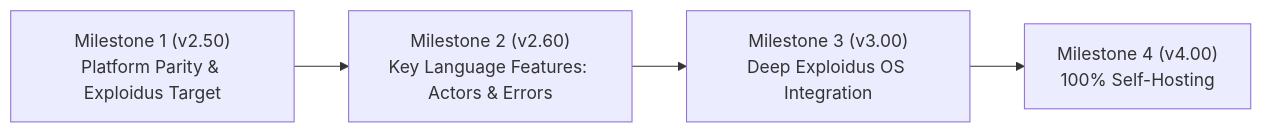
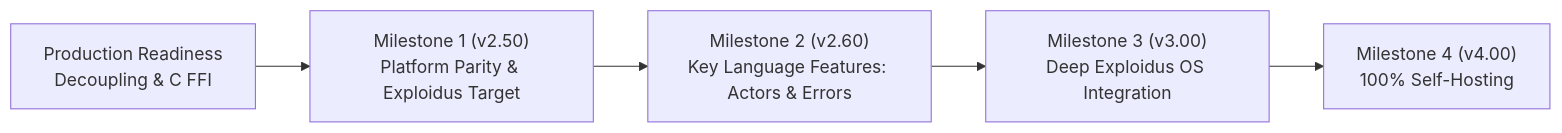
One commit to rahadbhuiya/Yolish changed the diagram in MILESTONES.md. Above: the diagram before and after it, drawn with Mermaid. The commit also changed other lines of this file, not shown here.

Commit message:
docs(milestones): add production decoupling and C FFI roadmap

````diff
--- a/MILESTONES.md
+++ b/MILESTONES.md
@@ -49,6 +68,7 @@
 ```mermaid
 flowchart LR
-    M1["Milestone 1 (v2.50)<br/>Platform Parity & Exploidus Target"] --> M2["Milestone 2 (v2.60)<br/>Key Language Features: Actors & Errors"]
+    P0["Production Readiness<br/>Decoupling & C FFI"] --> M1["Milestone 1 (v2.50)<br/>Platform Parity & Exploidus Target"]
+    M1 --> M2["Milestone 2 (v2.60)<br/>Key Language Features: Actors & Errors"]
     M2 --> M3["Milestone 3 (v3.00)<br/>Deep Exploidus OS Integration"]
     M3 --> M4["Milestone 4 (v4.00)<br/>100% Self-Hosting"]
 ```
````
